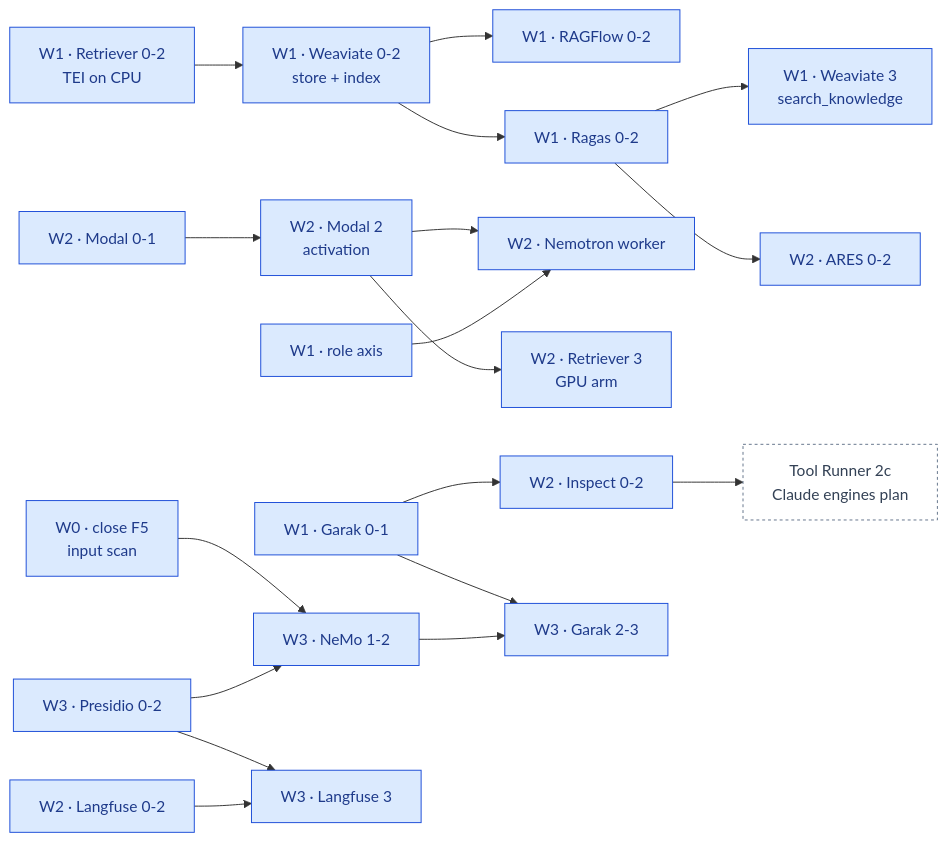
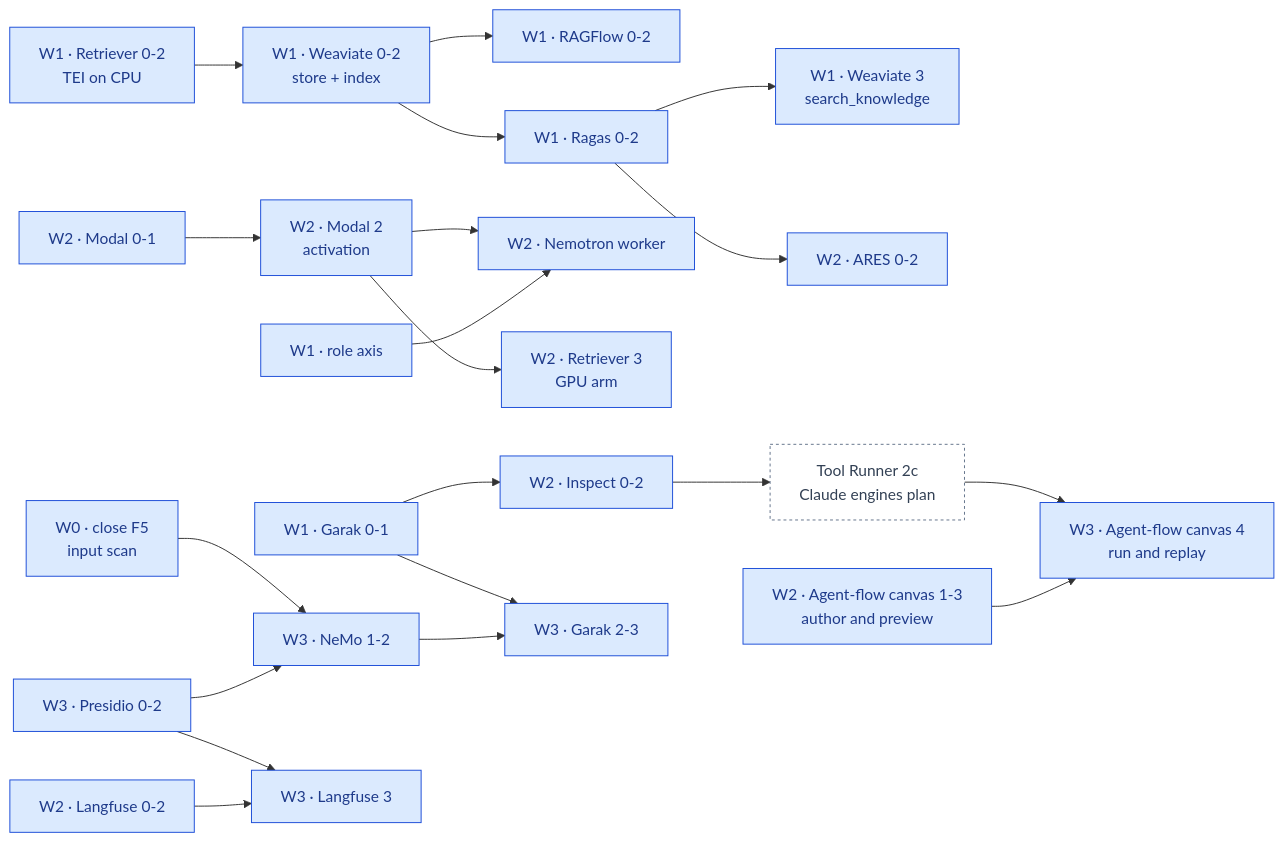
The fourth of 5 diagrams in docs/ai-architecture-roadmap.md (RodnaPamet/inflect-compliance), drawn with Mermaid before and after one commit. The commit also changed other lines of this file and 1 other file, not shown here.

First line of the commit message:
docs(ai-architecture): plan the agent-flow canvas in the product (D-L2-1 decided)

````diff
--- a/docs/ai-architecture-roadmap.md
+++ b/docs/ai-architecture-roadmap.md
@@ -451,44 +457,48 @@
 ```mermaid
 flowchart LR
   F5["W0 · close F5<br/>input scan"]:::todo
   RT1["W1 · Retriever 0-2<br/>TEI on CPU"]:::todo
   WV2["W1 · Weaviate 0-2<br/>store + index"]:::todo
   RF2["W1 · RAGFlow 0-2"]:::todo
   RA2["W1 · Ragas 0-2"]:::todo
   WV3["W1 · Weaviate 3<br/>search_knowledge"]:::todo
+  AR2["W2 · ARES 0-2"]:::todo
   GA1["W1 · Garak 0-1"]:::todo
   MD1["W2 · Modal 0-1"]:::todo
   MD2["W2 · Modal 2<br/>activation"]:::todo
   RX1["W1 · role axis"]:::todo
   NW2["W2 · Nemotron worker"]:::todo
   RT3["W2 · Retriever 3<br/>GPU arm"]:::todo
   IS2["W2 · Inspect 0-2"]:::todo
   TR2C["Tool Runner 2c<br/>Claude engines plan"]:::ext
+  AF1["W2 · Agent-flow canvas 1-3<br/>author and preview"]:::todo
+  AF4["W3 · Agent-flow canvas 4<br/>run and replay"]:::todo
   LU2["W2 · Langfuse 0-2"]:::todo
-  AR2["W2 · ARES 0-2"]:::todo
   PR2["W3 · Presidio 0-2"]:::todo
   NG2["W3 · NeMo 1-2"]:::todo
   LU3["W3 · Langfuse 3"]:::todo
   GA2["W3 · Garak 2-3"]:::todo
 
   RT1 --> WV2
   WV2 --> RF2
   WV2 --> RA2
   RA2 --> WV3
   RA2 --> AR2
   MD1 --> MD2
   MD2 --> NW2
   MD2 --> RT3
   RX1 --> NW2
   GA1 --> IS2
   IS2 --> TR2C
+  TR2C --> AF4
+  AF1 --> AF4
   F5 --> NG2
   PR2 --> NG2
   PR2 --> LU3
   LU2 --> LU3
   GA1 --> GA2
   NG2 --> GA2
 
   classDef todo fill:#dbeafe,stroke:#1d4ed8,color:#1e3a8a
   classDef ext fill:#ffffff,stroke:#64748b,color:#334155,stroke-dasharray:3 3
 ```
````
